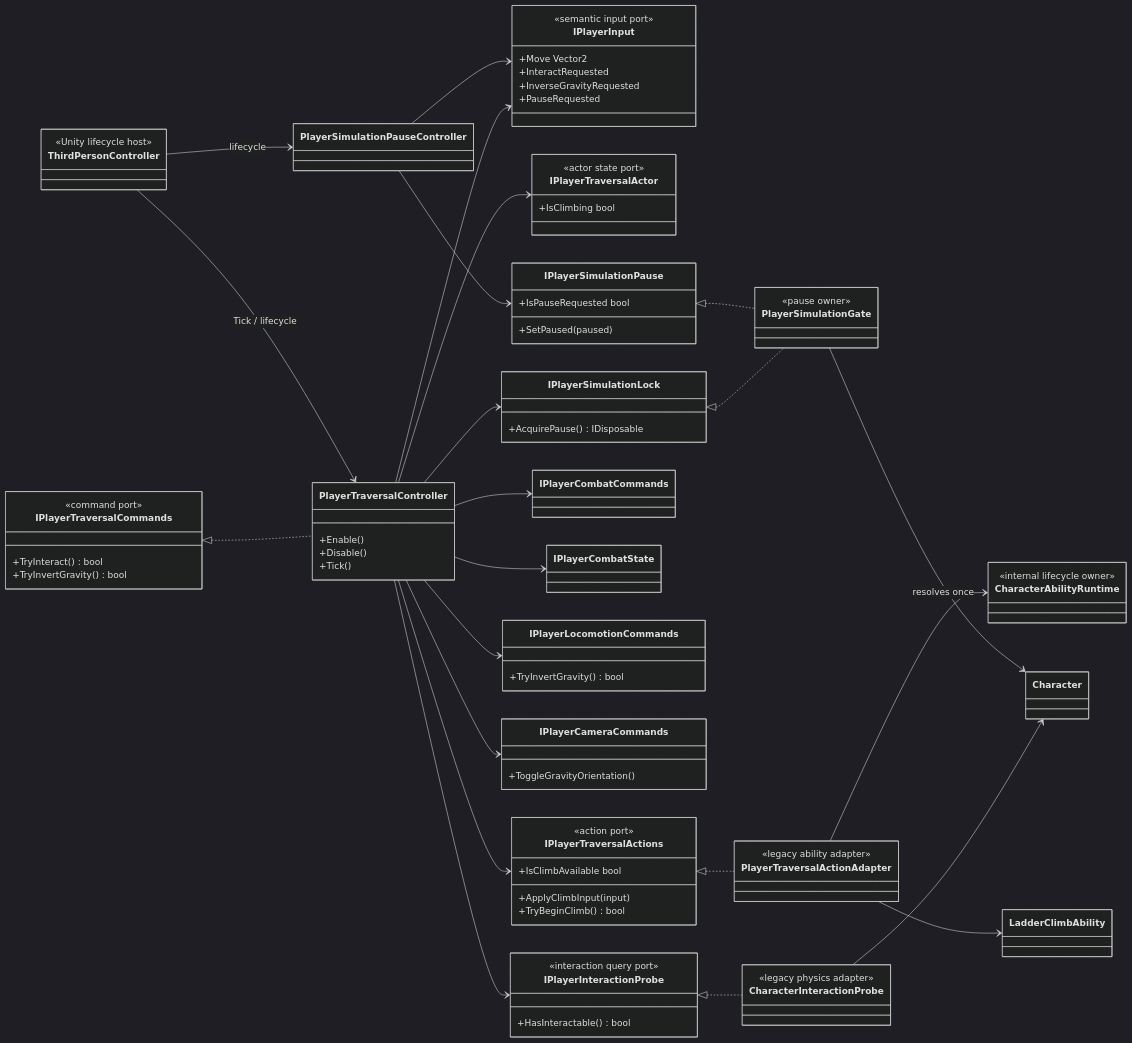
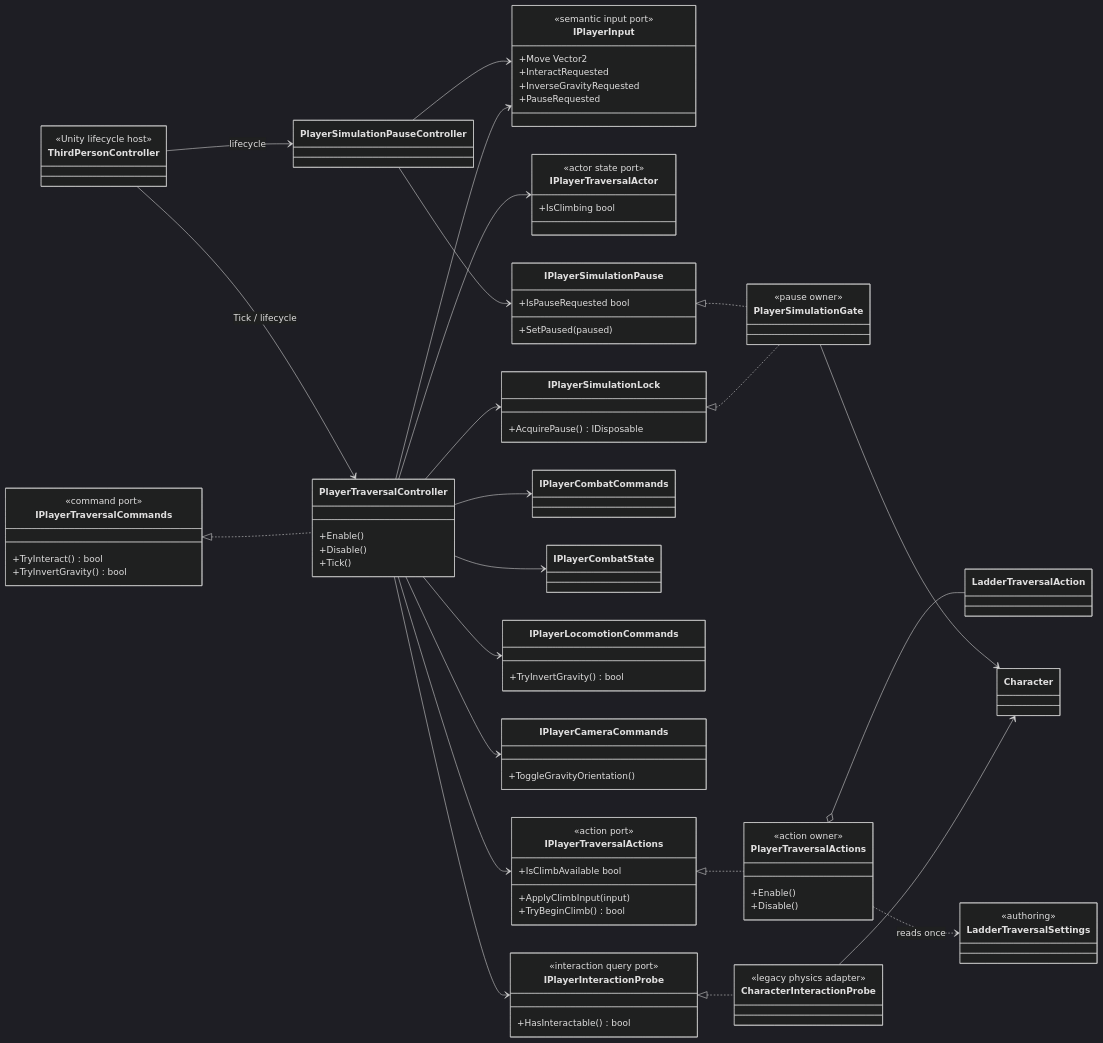
Before and after one commit to MaximFonariuc/project-s: the first of 2 diagrams in Docs/Architecture/Player.Traversal.md, drawn with Mermaid (dark theme). The commit also changed other lines of this file and 116 other files, not shown here.

Commit message:
refactor: replace character ability system

```diff
--- a/Docs/Architecture/Player.Traversal.md
+++ b/Docs/Architecture/Player.Traversal.md
@@ -46,13 +46,15 @@
         +ApplyClimbInput(input)
         +TryBeginClimb() bool
     }
-    class PlayerTraversalActionAdapter {
-        <<legacy ability adapter>>
+    class PlayerTraversalActions {
+        <<action owner>>
+        +Enable()
+        +Disable()
     }
-    class CharacterAbilityRuntime {
-        <<internal lifecycle owner>>
+    class LadderTraversalAction
+    class LadderTraversalSettings {
+        <<authoring>>
     }
-    class LadderClimbAbility
     class IPlayerCombatCommands
     class IPlayerCombatState
     class IPlayerLocomotionCommands {
@@ -87,9 +89,9 @@
     PlayerTraversalController --> IPlayerLocomotionCommands
     PlayerTraversalController --> IPlayerCameraCommands
     PlayerTraversalController --> IPlayerSimulationLock
-    IPlayerTraversalActions <|.. PlayerTraversalActionAdapter
-    PlayerTraversalActionAdapter --> CharacterAbilityRuntime : resolves once
-    PlayerTraversalActionAdapter --> LadderClimbAbility
+    IPlayerTraversalActions <|.. PlayerTraversalActions
+    PlayerTraversalActions o-- LadderTraversalAction
+    PlayerTraversalActions ..> LadderTraversalSettings : reads once
     IPlayerInteractionProbe <|.. CharacterInteractionProbe
     CharacterInteractionProbe --> Character
     IPlayerSimulationLock <|.. PlayerSimulationGate
```
